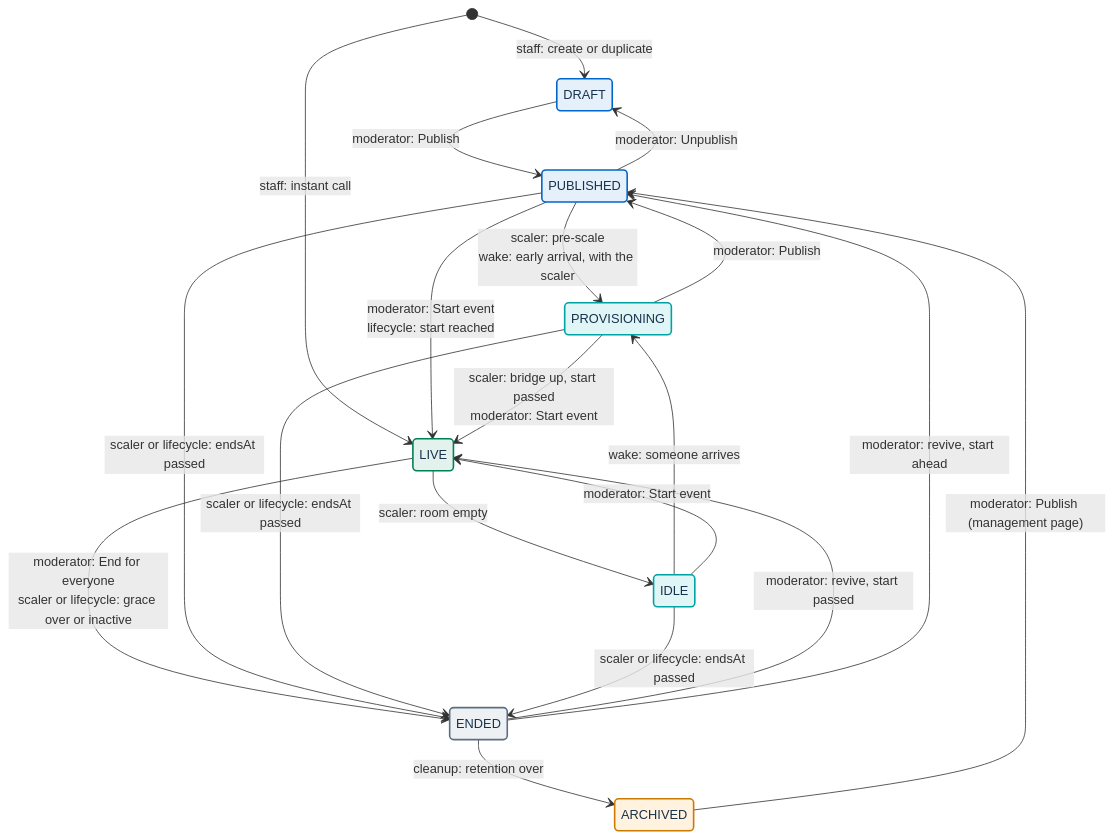
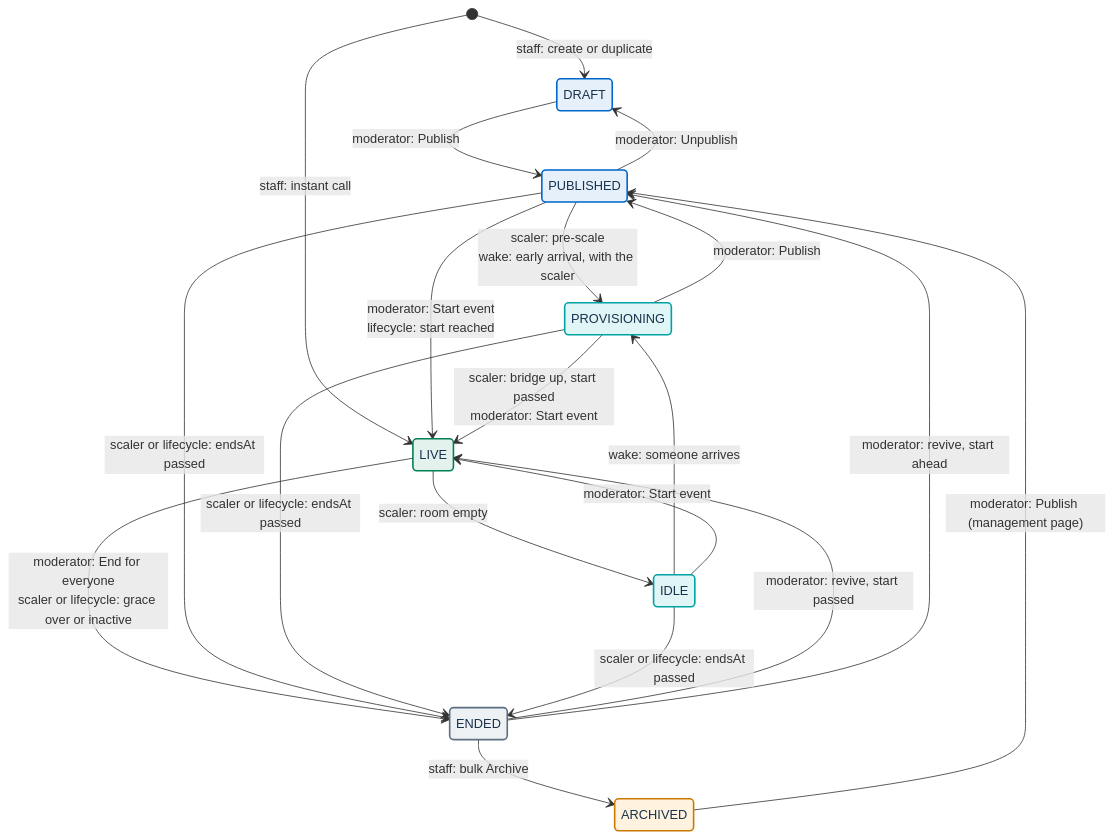
Before and after one commit to italia/pa-webinar: the first of 4 diagrams in docs/architecture/event-lifecycle.md, drawn with Mermaid. The commit also changed other lines of this file and 14 other files, not shown here.

````diff
--- a/docs/architecture/event-lifecycle.md
+++ b/docs/architecture/event-lifecycle.md
@@ -72,34 +72,34 @@
 ```mermaid
 stateDiagram-v2
   classDef human fill:#E6F0FA,stroke:#0066CC,stroke-width:2px,color:#17324D
   classDef auto fill:#E0F5F5,stroke:#00A3A3,stroke-width:2px,color:#17324D
   classDef live fill:#E3F2EC,stroke:#008055,stroke-width:2px,color:#17324D
   classDef terminal fill:#EEF1F4,stroke:#5C6F82,stroke-width:2px,color:#17324D
   classDef cron fill:#FFF3E0,stroke:#CC7A00,stroke-width:2px,color:#17324D
 
   [*] --> DRAFT : staff: create or duplicate
   [*] --> LIVE : staff: instant call
   DRAFT --> PUBLISHED : moderator: Publish
   PUBLISHED --> DRAFT : moderator: Unpublish
   PUBLISHED --> PROVISIONING : scaler: pre-scale<br/>wake: early arrival, with the scaler
   PROVISIONING --> PUBLISHED : moderator: Publish
   PUBLISHED --> LIVE : moderator: Start event<br/>lifecycle: start reached
   PROVISIONING --> LIVE : scaler: bridge up, start passed<br/>moderator: Start event
   LIVE --> IDLE : scaler: room empty
   IDLE --> PROVISIONING : wake: someone arrives
   IDLE --> LIVE : moderator: Start event
   LIVE --> ENDED : moderator: End for everyone<br/>scaler or lifecycle: grace over or inactive
   PUBLISHED --> ENDED : scaler or lifecycle: endsAt passed
   PROVISIONING --> ENDED : scaler or lifecycle: endsAt passed
   IDLE --> ENDED : scaler or lifecycle: endsAt passed
   ENDED --> LIVE : moderator: revive, start passed
   ENDED --> PUBLISHED : moderator: revive, start ahead
-  ENDED --> ARCHIVED : cleanup: retention over
+  ENDED --> ARCHIVED : staff: bulk Archive
   ARCHIVED --> PUBLISHED : moderator: Publish (management page)
 
   class DRAFT,PUBLISHED human
   class PROVISIONING,IDLE auto
   class LIVE live
   class ENDED terminal
   class ARCHIVED cron
 ```
````
